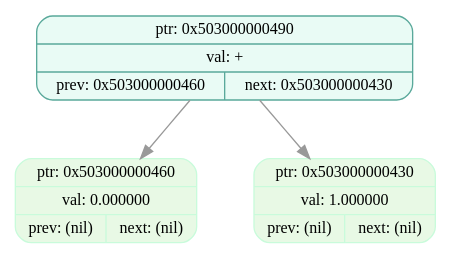
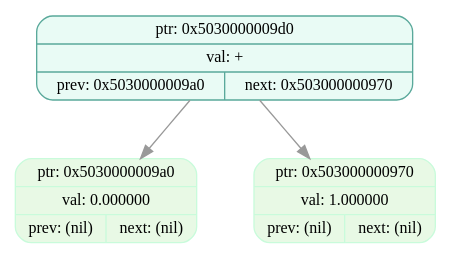
Before and after one commit to EvilTomato9890/Difference: the diagram in dumps/tree_dump_004.dot, drawn with Graphviz. The commit also changed 41 other files, not shown here.

```diff
--- a/dumps/tree_dump_004.dot
+++ b/dumps/tree_dump_004.dot
@@ -1,9 +1,9 @@
 digraph T{
   node [fontname="Fira Mono",shape=record,style="filled,rounded",fontsize=12];
   graph [splines=true, nodesep=0.6, ranksep=0.6];
-  node_0x503000000490[shape=record,label="{ {ptr: 0x503000000490} | {val: +} | { prev: 0x503000000460 | next: 0x503000000430 } }",color="#5aa99b",fillcolor="#e9fbf5"];
-  node_0x503000000460[shape=record,label="{ {ptr: 0x503000000460} | {val: 0.000000} | { prev: (nil) | next: (nil) } }",color="#c9fbdbff",fillcolor="#e8f9e5ff"];
-  node_0x503000000430[shape=record,label="{ {ptr: 0x503000000430} | {val: 1.000000} | { prev: (nil) | next: (nil) } }",color="#c9fbdbff",fillcolor="#e8f9e5ff"];
-  node_0x503000000490 -> node_0x503000000460 [color="#999999"];
-  node_0x503000000490 -> node_0x503000000430 [color="#999999"];
+  node_0x5030000009d0[shape=record,label="{ {ptr: 0x5030000009d0} | {val: +} | { prev: 0x5030000009a0 | next: 0x503000000970 } }",color="#5aa99b",fillcolor="#e9fbf5"];
+  node_0x5030000009a0[shape=record,label="{ {ptr: 0x5030000009a0} | {val: 0.000000} | { prev: (nil) | next: (nil) } }",color="#c9fbdbff",fillcolor="#e8f9e5ff"];
+  node_0x503000000970[shape=record,label="{ {ptr: 0x503000000970} | {val: 1.000000} | { prev: (nil) | next: (nil) } }",color="#c9fbdbff",fillcolor="#e8f9e5ff"];
+  node_0x5030000009d0 -> node_0x5030000009a0 [color="#999999"];
+  node_0x5030000009d0 -> node_0x503000000970 [color="#999999"];
 }
```
